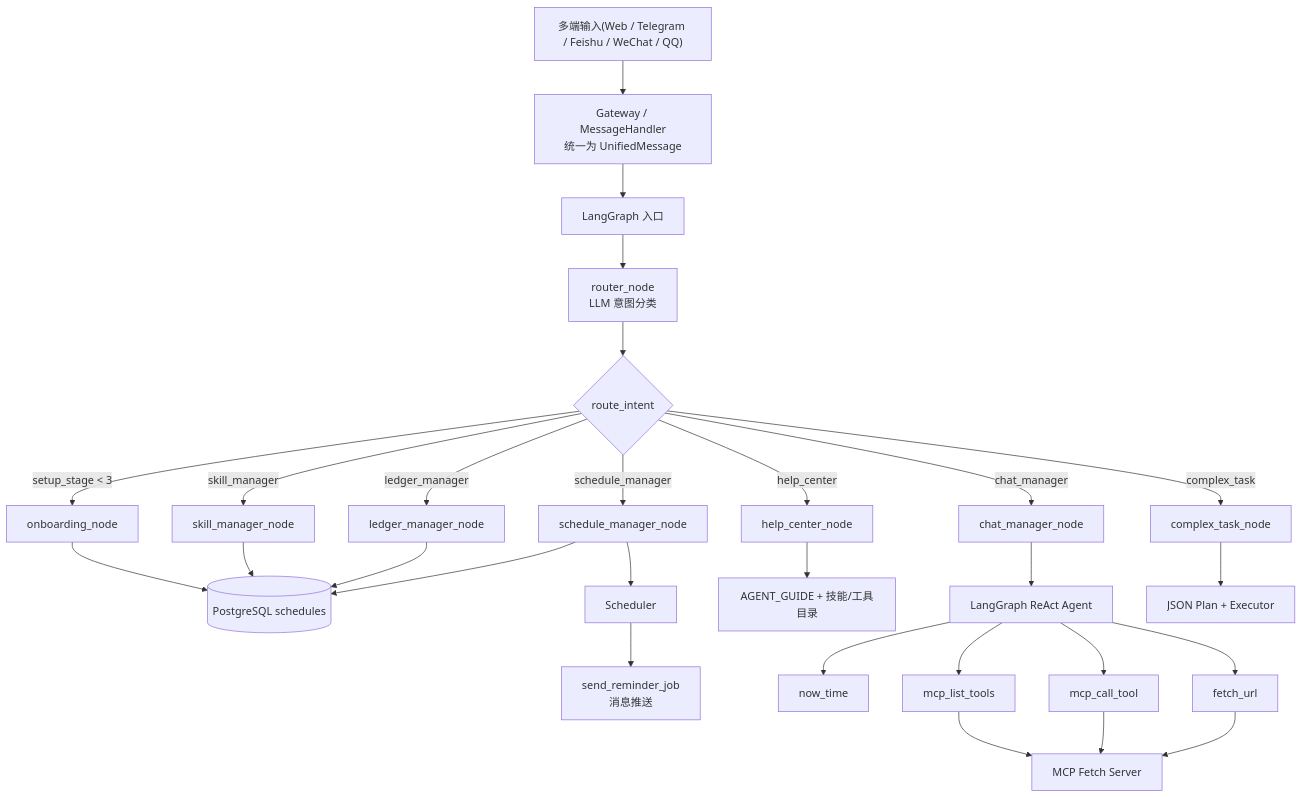
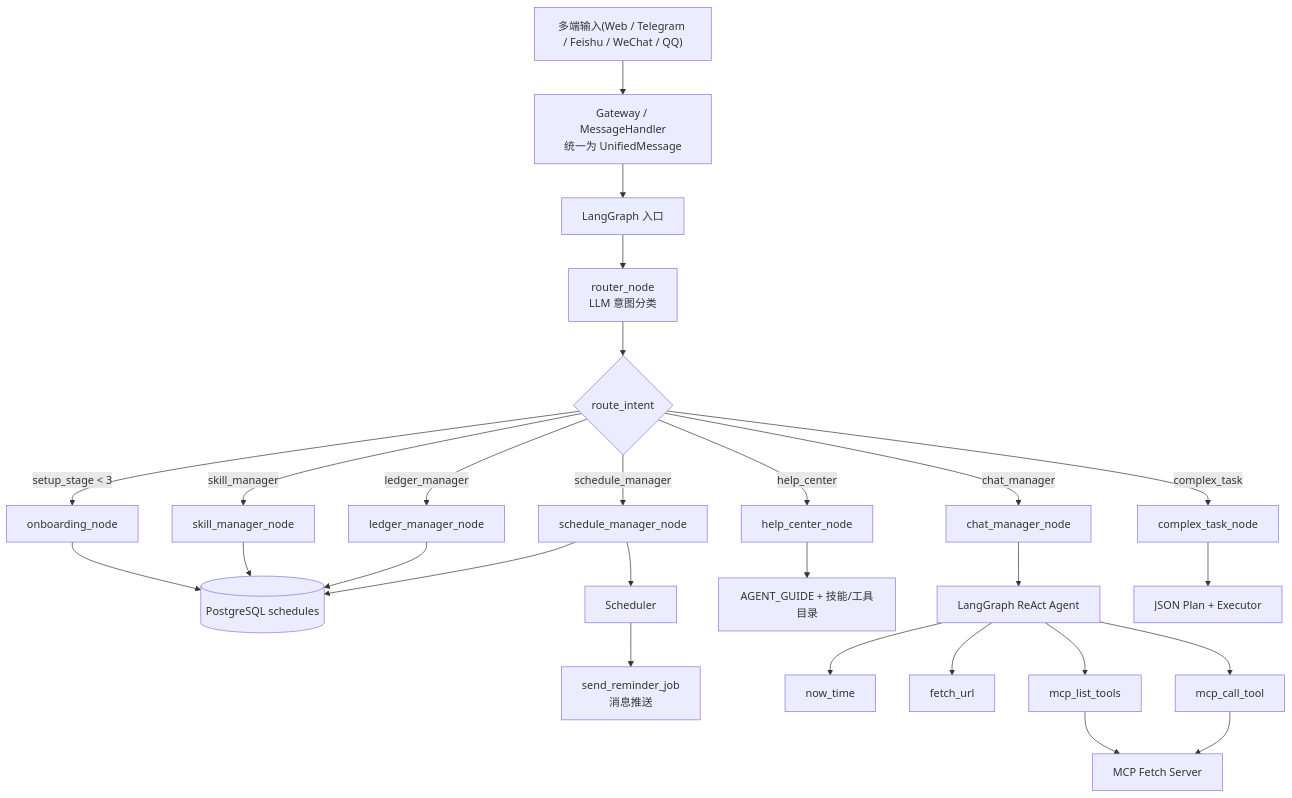
One commit to Lsogod/personal-ai-pai changed the diagram in README.md. Above: the diagram before and after it, drawn with Mermaid. The commit also changed other lines of this file and 6 other files, not shown here.

````diff
--- a/README.md
+++ b/README.md
@@ -57,33 +57,32 @@
 ```mermaid
 flowchart TB
     A["多端输入(Web / Telegram / Feishu / WeChat / QQ)"] --> B["Gateway / MessageHandler\n统一为 UnifiedMessage"]
     B --> C["LangGraph 入口"]
     C --> D["router_node\nLLM 意图分类"]
     D --> E{"route_intent"}
 
     E -->|setup_stage < 3| N1["onboarding_node"]
     E -->|skill_manager| N2["skill_manager_node"]
     E -->|ledger_manager| N3["ledger_manager_node"]
     E -->|schedule_manager| N4["schedule_manager_node"]
     E -->|help_center| N5["help_center_node"]
     E -->|chat_manager| N6["chat_manager_node"]
     E -->|complex_task| N7["complex_task_node"]
 
     N1 --> DB[(PostgreSQL users)]
     N2 --> DB
     N3 --> DB[(PostgreSQL ledgers / messages)]
     N4 --> DB[(PostgreSQL schedules)]
     N4 --> SCH["Scheduler"]
     SCH --> PUSH["send_reminder_job\n消息推送"]
     N5 --> DOC["AGENT_GUIDE + 技能/工具目录"]
     N6 --> AG["LangGraph ReAct Agent"]
     N7 --> ORCH["JSON Plan + Executor"]
 
     AG --> T1["now_time"]
-    AG --> T2["mcp_list_tools"]
-    AG --> T3["mcp_call_tool"]
-    AG --> T4["fetch_url"]
-    T2 --> MCP["MCP Fetch Server"]
-    T3 --> MCP
+    AG --> T2["fetch_url"]
+    AG --> T3["mcp_list_tools"]
+    AG --> T4["mcp_call_tool"]
+    T3 --> MCP["MCP Fetch Server"]
     T4 --> MCP
 ```
````
